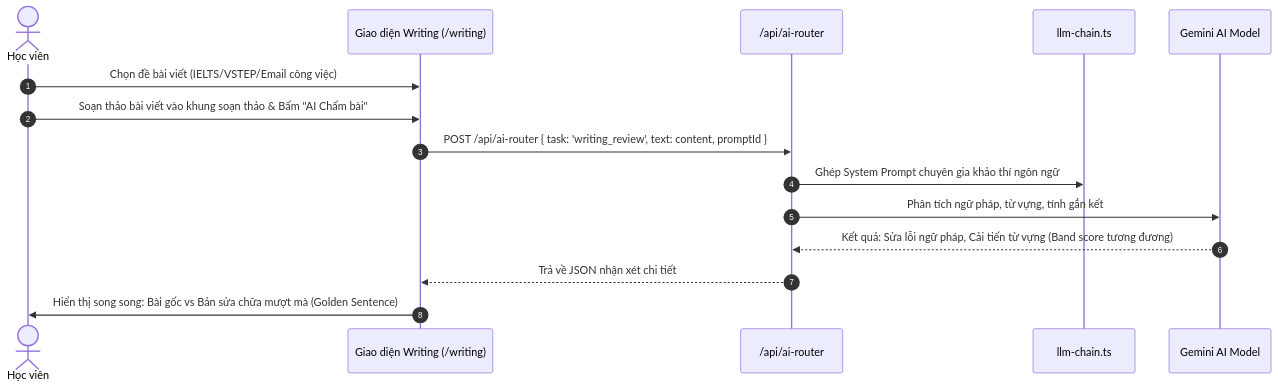
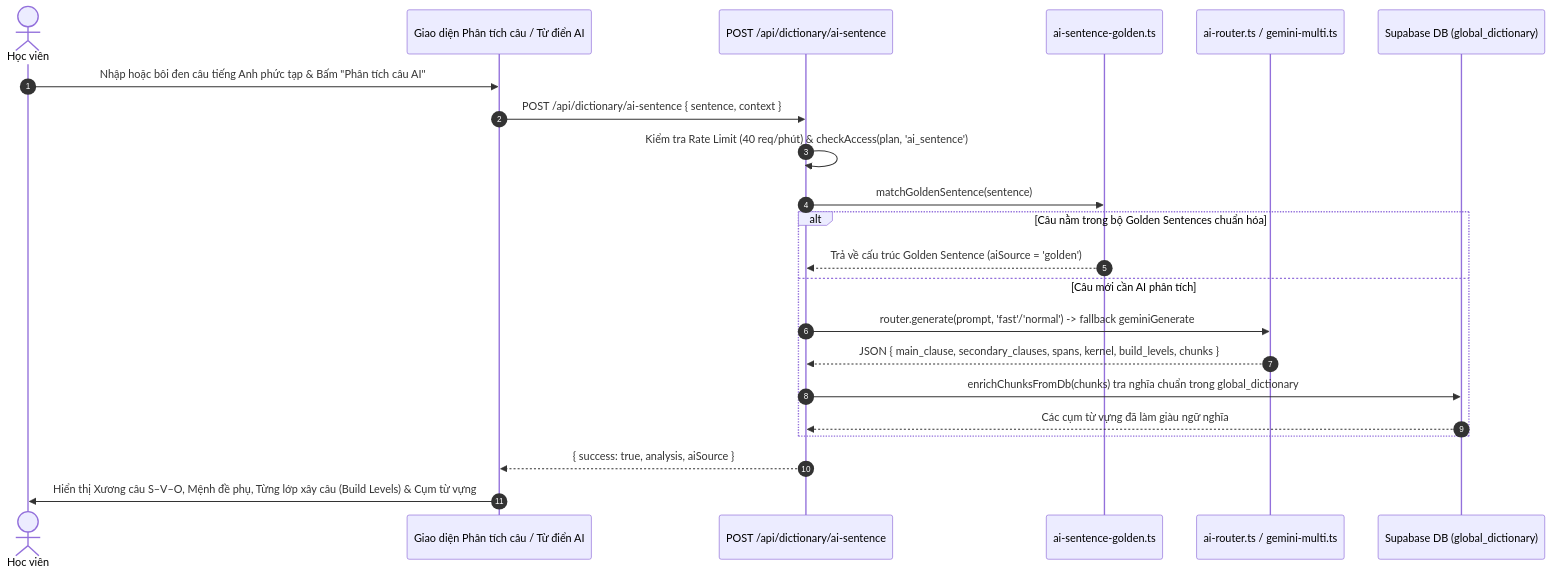
The third of 3 diagrams in agent/docs/SRS_05_AI_COACHING_SKILLS.md (FengProfessor/Vocab), drawn with Mermaid before and after one commit. The commit also changed other lines of this file and 15 other files, not shown here.

Commit message:
docs(srs): complete 15 full-project SRS use cases and flow limitation audit

````diff
--- a/agent/docs/SRS_05_AI_COACHING_SKILLS.md
+++ b/agent/docs/SRS_05_AI_COACHING_SKILLS.md
@@ -100,18 +101,25 @@
 ```mermaid
 sequenceDiagram
     autonumber
     actor Student as Học viên
-    participant WriteUI as Giao diện Writing (/writing)
-    participant API as /api/ai-router
-    participant Prompt as llm-chain.ts
-    participant Gemini as Gemini AI Model
+    participant UI as Giao diện Phân tích câu / Từ điển AI
+    participant SentenceAPI as POST /api/dictionary/ai-sentence
+    participant GoldenLib as ai-sentence-golden.ts
+    participant Router as ai-router.ts / gemini-multi.ts
+    participant DB as Supabase DB (global_dictionary)
 
-    Student->>WriteUI: Chọn đề bài viết (IELTS/VSTEP/Email công việc)
-    Student->>WriteUI: Soạn thảo bài viết vào khung soạn thảo & Bấm "AI Chấm bài"
-    WriteUI->>API: POST /api/ai-router { task: 'writing_review', text: content, promptId }
-    API->>Prompt: Ghép System Prompt chuyên gia khảo thí ngôn ngữ
-    API->>Gemini: Phân tích ngữ pháp, từ vựng, tính gắn kết
-    Gemini-->>API: Kết quả: Sửa lỗi ngữ pháp, Cải tiến từ vựng (Band score tương đương)
-    API-->>WriteUI: Trả về JSON nhận xét chi tiết
-    WriteUI->>Student: Hiển thị song song: Bài gốc vs Bản sửa chữa mượt mà (Golden Sentence)
+    Student->>UI: Nhập hoặc bôi đen câu tiếng Anh phức tạp & Bấm "Phân tích câu AI"
+    UI->>SentenceAPI: POST /api/dictionary/ai-sentence { sentence, context }
+    SentenceAPI->>SentenceAPI: Kiểm tra Rate Limit (40 req/phút) & checkAccess(plan, 'ai_sentence')
+    SentenceAPI->>GoldenLib: matchGoldenSentence(sentence)
+    alt Câu nằm trong bộ Golden Sentences chuẩn hóa
+        GoldenLib-->>SentenceAPI: Trả về cấu trúc Golden Sentence (aiSource = 'golden')
+    else Câu mới cần AI phân tích
+        SentenceAPI->>Router: router.generate(prompt, 'fast'/'normal') -> fallback geminiGenerate
+        Router-->>SentenceAPI: JSON { main_clause, secondary_clauses, spans, kernel, build_levels, chunks }
+        SentenceAPI->>DB: enrichChunksFromDb(chunks) tra nghĩa chuẩn trong global_dictionary
+        DB-->>SentenceAPI: Các cụm từ vựng đã làm giàu ngữ nghĩa
+    end
+    SentenceAPI-->>UI: { success: true, analysis, aiSource }
+    UI->>Student: Hiển thị Xương câu S–V–O, Mệnh đề phụ, Từng lớp xây câu (Build Levels) & Cụm từ vựng
 ```
````
